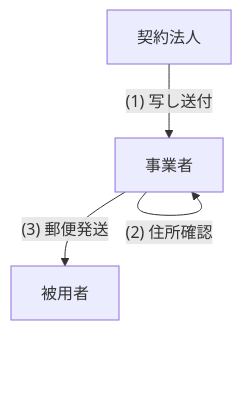
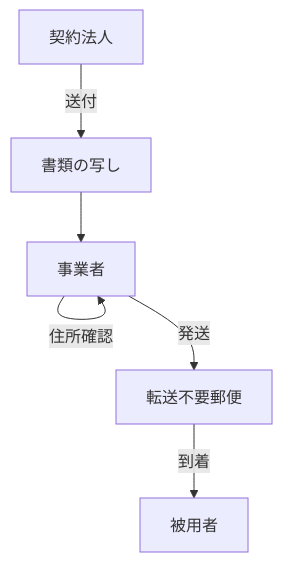
One commit to CiderH2CO3/study-hanshuho changed the seventh of 20 diagrams in hanshuho.md. Above: the diagram before and after it, drawn with Mermaid. The commit also changed other lines of this file and 1 other file, not shown here.

````diff
--- a/hanshuho.md
+++ b/hanshuho.md
@@ -291,6 +296,14 @@
 ```mermaid
 graph TD
-    Corp[契約法人] --(1) 写し送付--> Biz[事業者]
-    Biz --(2) 住所確認--> Biz
-    Biz --(3) 郵便発送--> User[被用者]
+    Corp[契約法人]
+    Biz[事業者]
+    Copy[書類の写し]
+    Mail[転送不要郵便]
+    User[被用者]
+
+    Corp -->|送付| Copy
+    Copy --> Biz
+    Biz -->|住所確認| Biz
+    Biz -->|発送| Mail
+    Mail -->|到着| User
 ```
````
